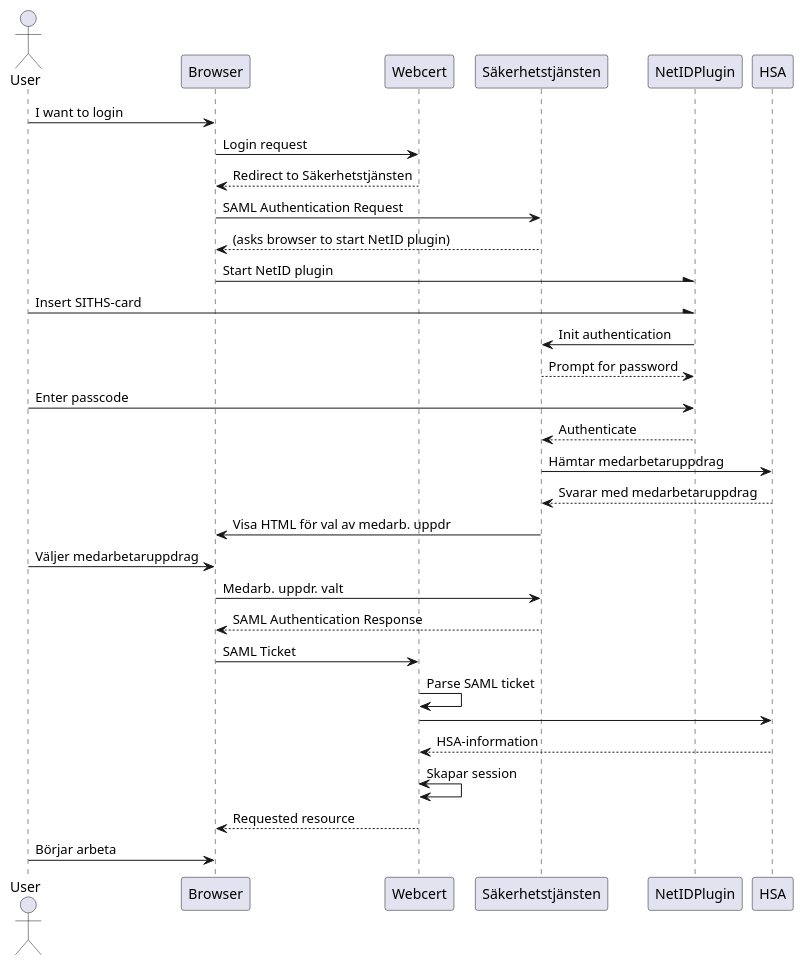
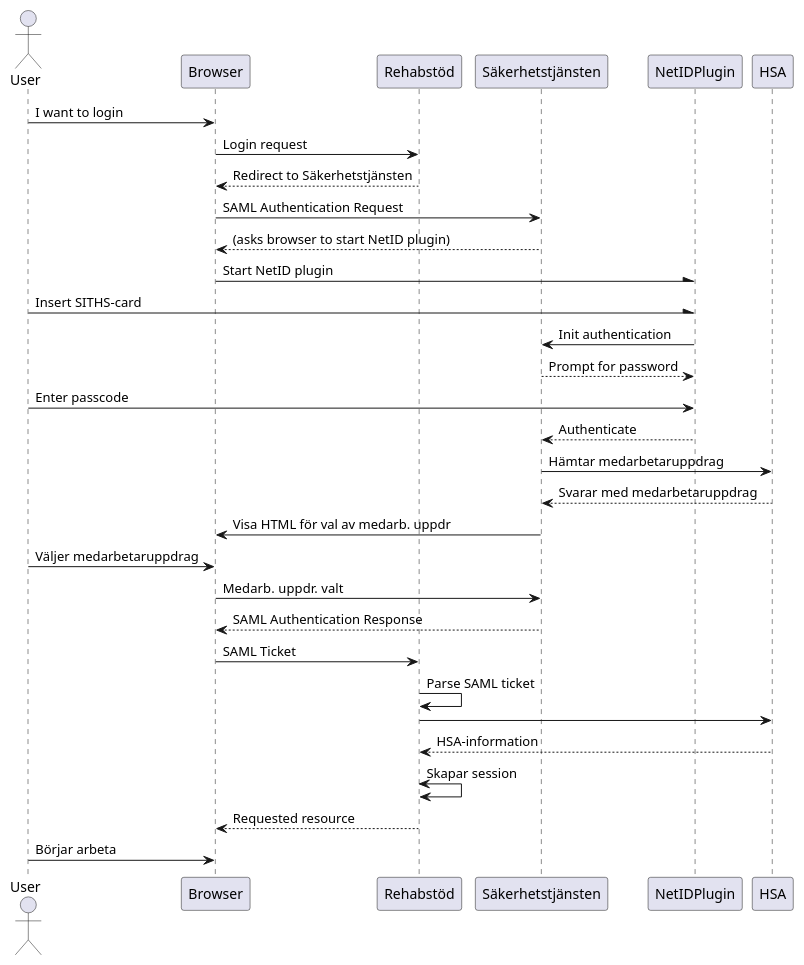
Before and after one commit to sklintyg/rehabstod: the diagram in docs/siths-authentication.puml, drawn with PlantUML.

Commit message:
DEVENV: Uppdaterade dokumentation - ändrade Webcert till Rehabstöd

```diff
--- a/docs/siths-authentication.puml
+++ b/docs/siths-authentication.puml
@@ -1,32 +1,32 @@
 @startuml
 actor User
 User -> Browser: I want to login
-Browser -> Webcert: Login request
-Webcert --> Browser: Redirect to Säkerhetstjänsten
+Browser -> Rehabstöd: Login request
+Rehabstöd --> Browser: Redirect to Säkerhetstjänsten
 
 Browser -> Säkerhetstjänsten: SAML Authentication Request
 Säkerhetstjänsten --> Browser: (asks browser to start NetID plugin)
 Browser -\ NetIDPlugin: Start NetID plugin
 
 User -\ NetIDPlugin: Insert SITHS-card
 NetIDPlugin -> Säkerhetstjänsten: Init authentication
 Säkerhetstjänsten --> NetIDPlugin: Prompt for password
 User -> NetIDPlugin: Enter passcode
 
 NetIDPlugin --> Säkerhetstjänsten: Authenticate
 
 Säkerhetstjänsten -> HSA: Hämtar medarbetaruppdrag
 HSA --> Säkerhetstjänsten: Svarar med medarbetaruppdrag
 Säkerhetstjänsten -> Browser: Visa HTML för val av medarb. uppdr
 User -> Browser: Väljer medarbetaruppdrag
 Browser -> Säkerhetstjänsten: Medarb. uppdr. valt
 
 Browser <-- Säkerhetstjänsten: SAML Authentication Response
-Browser -> Webcert: SAML Ticket
-Webcert -> Webcert: Parse SAML ticket
-Webcert -> HSA:
-HSA --> Webcert: HSA-information
-Webcert <-> Webcert: Skapar session
-Webcert --> Browser: Requested resource
+Browser -> Rehabstöd: SAML Ticket
+Rehabstöd -> Rehabstöd: Parse SAML ticket
+Rehabstöd -> HSA:
+HSA --> Rehabstöd: HSA-information
+Rehabstöd <-> Rehabstöd: Skapar session
+Rehabstöd --> Browser: Requested resource
 User -> Browser: Börjar arbeta
 @enduml
```
